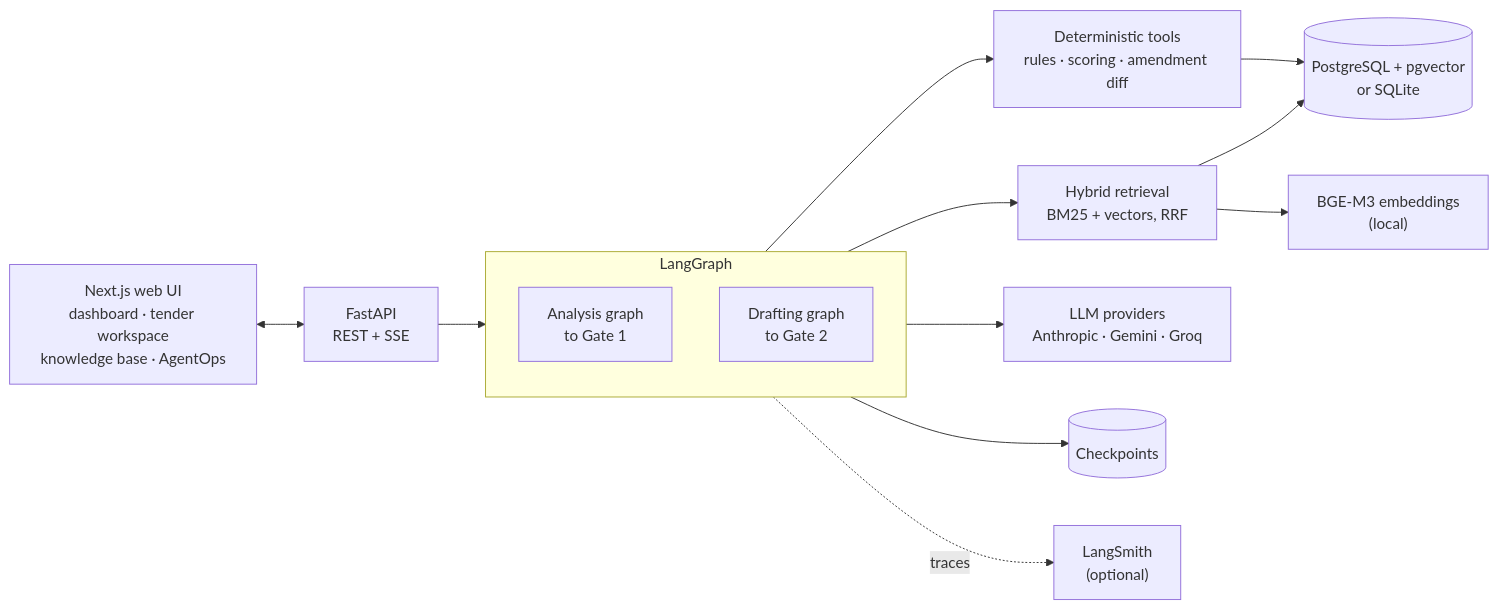
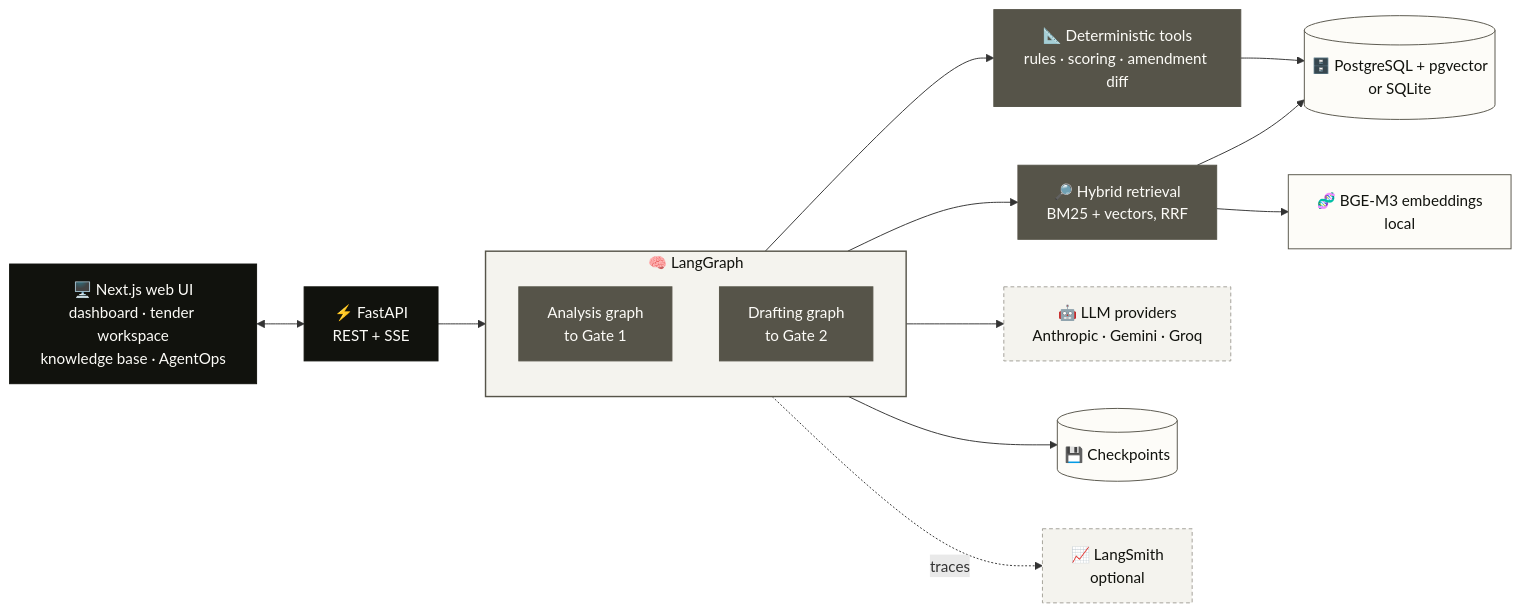
The first of 3 diagrams in README.md (harshbhushan21/TenderBridge), drawn with Mermaid before and after one commit. The commit also changed other lines of this file and 9 other files, not shown here.

First line of the commit message:
README: banner, demo preview and video, screenshots, styled diagrams

````diff
--- a/README.md
+++ b/README.md
@@ -91,27 +159,37 @@
 ```mermaid
 flowchart LR
-    UI["Next.js web UI<br/>dashboard · tender workspace<br/>knowledge base · AgentOps"]
-    API["FastAPI<br/>REST + SSE"]
-    subgraph Agents["LangGraph"]
+    UI["🖥️ Next.js web UI<br/>dashboard · tender workspace<br/>knowledge base · AgentOps"]
+    API["⚡ FastAPI<br/>REST + SSE"]
+    subgraph Agents["🧠 LangGraph"]
         AG["Analysis graph<br/>to Gate 1"]
         DG["Drafting graph<br/>to Gate 2"]
     end
-    TOOLS["Deterministic tools<br/>rules · scoring · amendment diff"]
-    RAG["Hybrid retrieval<br/>BM25 + vectors, RRF"]
-    LLM["LLM providers<br/>Anthropic · Gemini · Groq"]
-    DB[("PostgreSQL + pgvector<br/>or SQLite")]
-    CK[("Checkpoints")]
-    EMB["BGE-M3 embeddings<br/>(local)"]
-    LS["LangSmith<br/>(optional)"]
+    TOOLS["📐 Deterministic tools<br/>rules · scoring · amendment diff"]
+    RAG["🔎 Hybrid retrieval<br/>BM25 + vectors, RRF"]
+    LLM["🤖 LLM providers<br/>Anthropic · Gemini · Groq"]
+    DB[("🗄️ PostgreSQL + pgvector<br/>or SQLite")]
+    CK[("💾 Checkpoints")]
+    EMB["🧬 BGE-M3 embeddings<br/>local"]
+    LS["📈 LangSmith<br/>optional"]
 
     UI <--> API
     API --> Agents
     Agents --> TOOLS
     Agents --> RAG
     Agents --> LLM
     RAG --> EMB
     RAG --> DB
     TOOLS --> DB
     Agents --> CK
     Agents -. traces .-> LS
+
+    classDef ink fill:#11120D,stroke:#11120D,color:#FDFCF8
+    classDef olive fill:#565449,stroke:#565449,color:#FDFCF8
+    classDef paper fill:#FDFCF8,stroke:#565449,color:#11120D
+    classDef ext fill:#F4F3EE,stroke:#A2A097,color:#11120D,stroke-dasharray:4 3
+    class UI,API ink
+    class AG,DG,TOOLS,RAG olive
+    class DB,CK,EMB paper
+    class LLM,LS ext
+    style Agents fill:#F4F3EE,stroke:#565449,stroke-width:1.5px,color:#11120D
 ```
````
